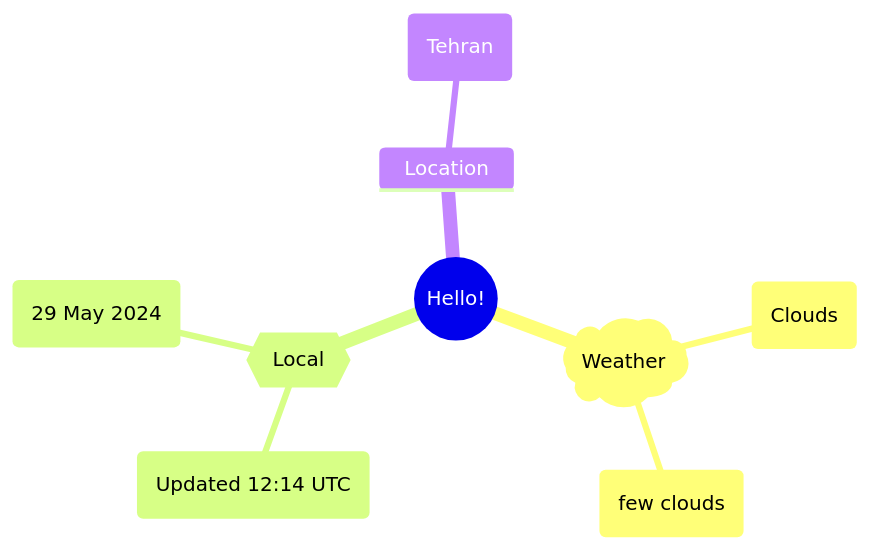
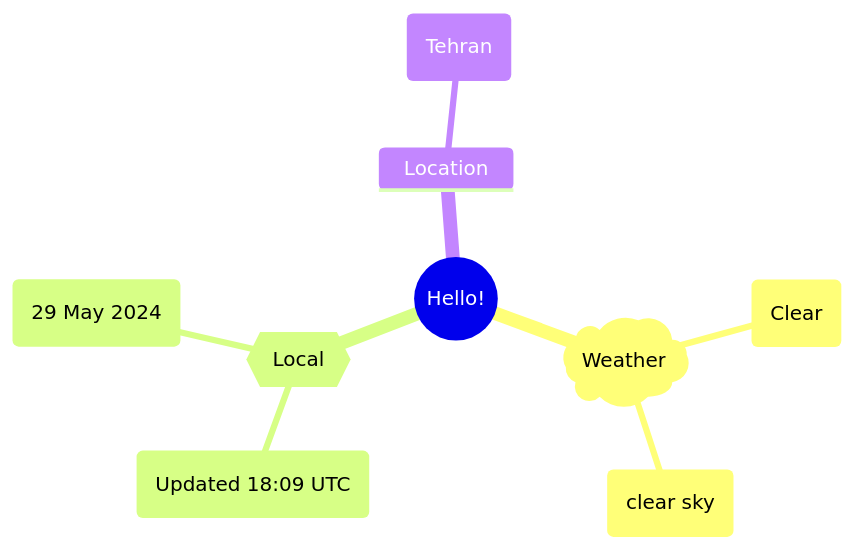
One commit to Xosrov/Xosrov changed the first of 2 diagrams in README.md. Above: the diagram before and after it, drawn with Mermaid.

Commit message:
[bot] updated images

````diff
--- a/README.md
+++ b/README.md
@@ -3,12 +3,12 @@
 ```mermaid
 mindmap
   root((Hello!))
     )Weather(
-        (Clouds)
-        (few clouds)
+        (Clear)
+        (clear sky)
     {{Local}}
-        (Updated 12:14 UTC)
+        (Updated 18:09 UTC)
         (29 May 2024)
     Location
         (Tehran)
 ```
````
